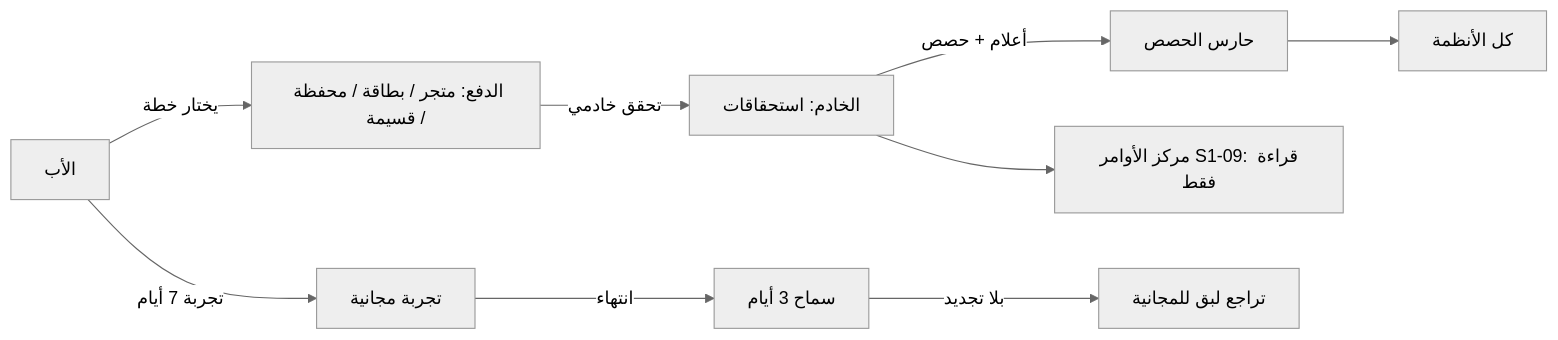
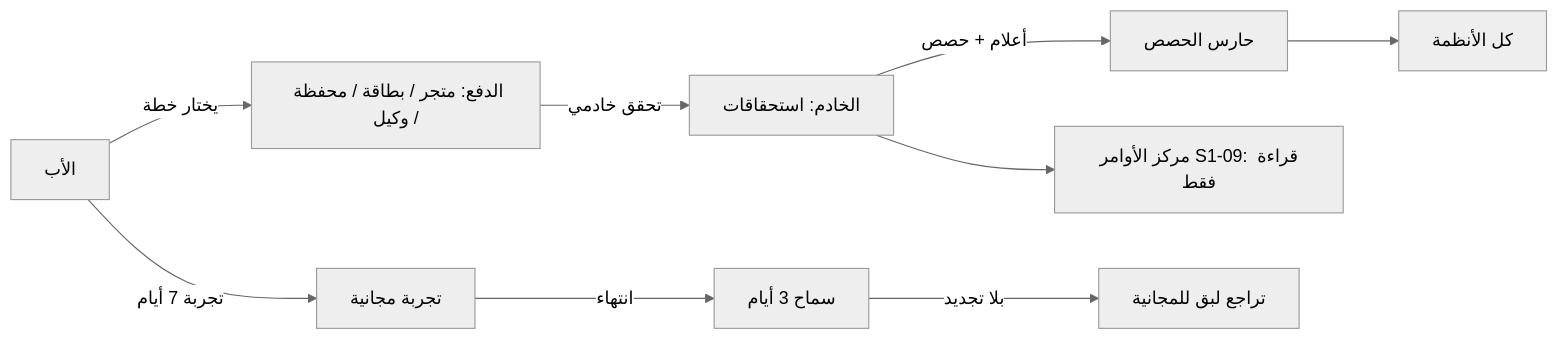
One commit to Bassam-mohammed-alqaeadi/family-os-v2 changed the first of 5 diagrams in docs/family-os/governance/phases/phase-1/S1-04-plans-and-subscriptions/SPEC.md. Above: the diagram before and after it, drawn with Mermaid (neutral theme). The commit also changed other lines of this file and 32 other files, not shown here.

````diff
--- a/docs/family-os/governance/phases/phase-1/S1-04-plans-and-subscriptions/SPEC.md
+++ b/docs/family-os/governance/phases/phase-1/S1-04-plans-and-subscriptions/SPEC.md
@@ -42,11 +42,11 @@
 ```mermaid
 flowchart LR
-    Father[الأب] -->|يختار خطة| Pay[الدفع: متجر / بطاقة / محفظة / قسيمة]
+    Father[الأب] -->|يختار خطة| Pay[الدفع: متجر / بطاقة / محفظة / وكيل]
     Pay -->|تحقق خادمي| Server[الخادم: استحقاقات]
     Server -->|أعلام + حصص| Quota[حارس الحصص]
     Quota --> Systems[كل الأنظمة]
     Server --> Hub[مركز الأوامر S1-09: قراءة فقط]
     Father -->|تجربة 7 أيام| Trial[تجربة مجانية]
     Trial -->|انتهاء| Grace[سماح 3 أيام]
     Grace -->|بلا تجديد| Down[تراجع لبق للمجانية]
 ```
````
